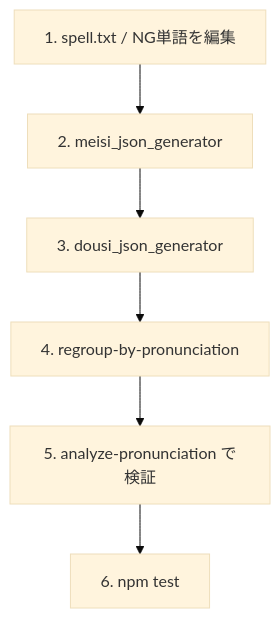
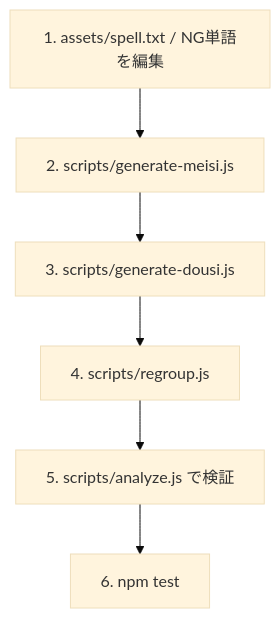
Before and after one commit to amanoese/yukichant: diagram 11 of 11 in docs/dictionary-generation.md, drawn with Mermaid (base theme). The commit also changed other lines of this file and 9 other files, not shown here.

````diff
--- a/docs/dictionary-generation.md
+++ b/docs/dictionary-generation.md
@@ -451,8 +451,8 @@
 ```mermaid
 flowchart TD
-    A[1. spell.txt / NG単語を編集] --> B[2. meisi_json_generator]
-    B --> C[3. dousi_json_generator]
-    C --> D[4. regroup-by-pronunciation]
-    D --> E[5. analyze-pronunciation で検証]
+    A[1. assets/spell.txt / NG単語を編集] --> B[2. scripts/generate-meisi.js]
+    B --> C[3. scripts/generate-dousi.js]
+    C --> D[4. scripts/regroup.js]
+    D --> E[5. scripts/analyze.js で検証]
     E --> F[6. npm test]
 ```
````
